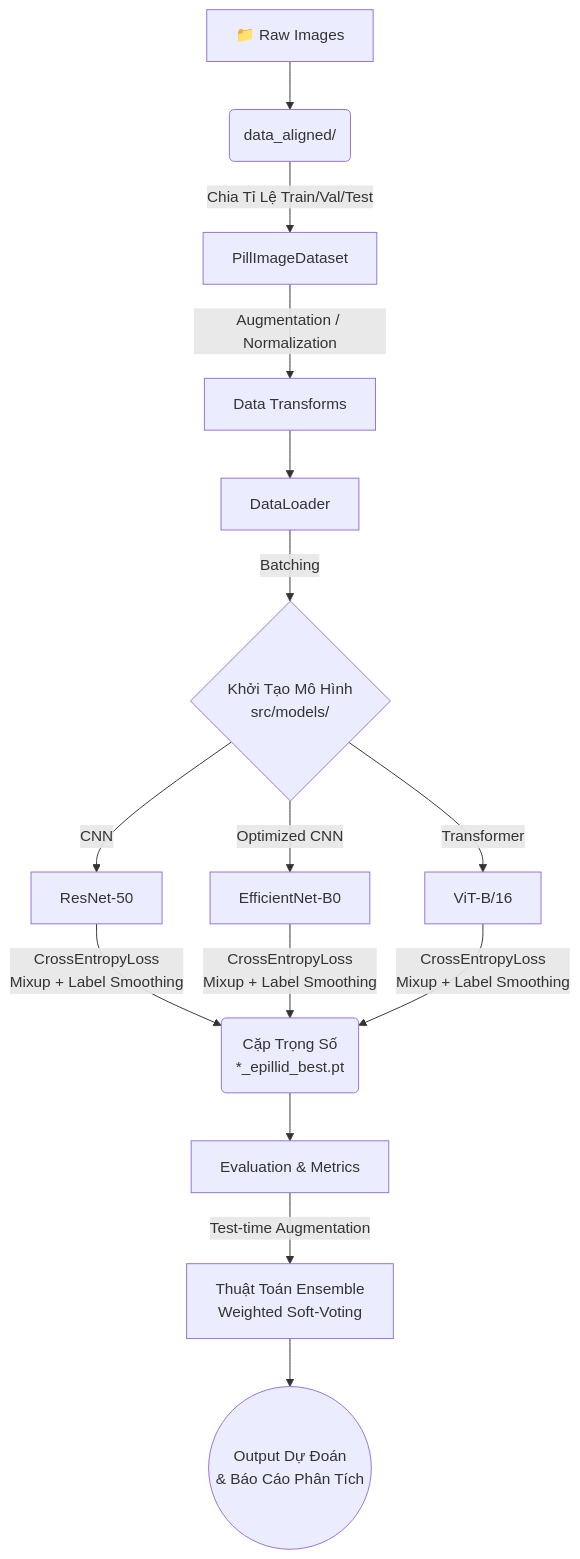
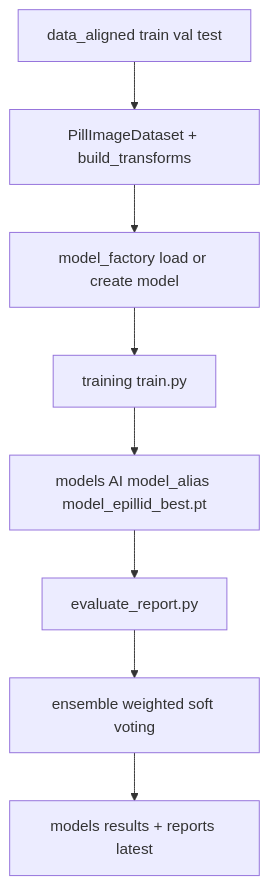
The diagram in README.md (Khoidep-zai/BigData_Vaipe), drawn with Mermaid before and after one commit. The commit also changed other lines of this file and 41 other files, not shown here.

Commit message:
Update training pipeline and prescription matching flow

````diff
--- a/README.md
+++ b/README.md
@@ -11,21 +22,10 @@
 ```mermaid
-graph TD
-    A[📁 Raw Images] --> B(data_aligned/)
-    B -->|Chia Tỉ Lệ Train/Val/Test| C[PillImageDataset]
-    C -->|Augmentation / Normalization| D[Data Transforms]
-    D --> E[DataLoader]
-    
-    E -->|Batching| F{Khởi Tạo Mô Hình <br> src/models/}
-    
-    F -->|CNN| G1[ResNet-50]
-    F -->|Optimized CNN| G2[EfficientNet-B0]
-    F -->|Transformer| G3[ViT-B/16]
-    
-    G1 -->|CrossEntropyLoss <br> Mixup + Label Smoothing| H(Cặp Trọng Số \n *_epillid_best.pt)
-    G2 -->|CrossEntropyLoss <br> Mixup + Label Smoothing| H
-    G3 -->|CrossEntropyLoss <br> Mixup + Label Smoothing| H
-    
-    H --> I[Evaluation & Metrics]
-    I -->|Test-time Augmentation| J[Thuật Toán Ensemble <br> Weighted Soft-Voting]
-    J --> K((Output Dự Đoán <br> & Báo Cáo Phân Tích))
+flowchart TD
+    A[data_aligned train val test] --> B[PillImageDataset + build_transforms]
+    B --> C[model_factory load or create model]
+    C --> D[training train.py]
+    D --> E[models AI model_alias model_epillid_best.pt]
+    E --> F[evaluate_report.py]
+    F --> G[ensemble weighted soft voting]
+    G --> H[models results + reports latest]
 ```
````
